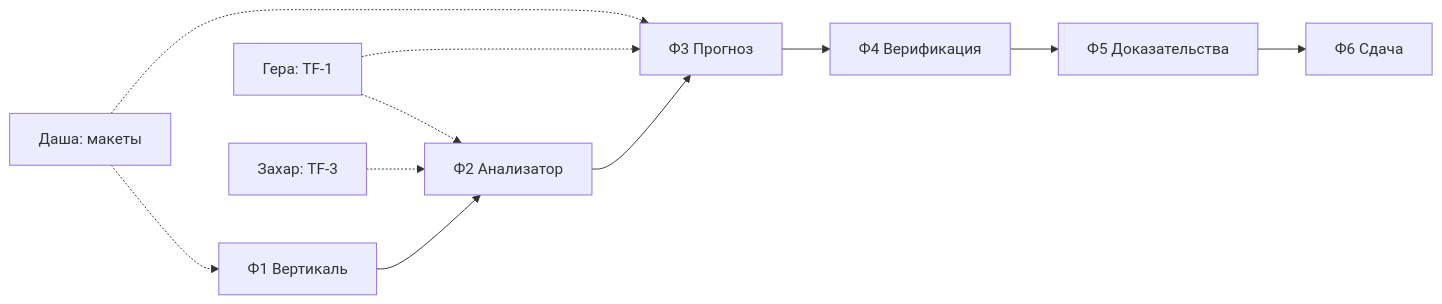
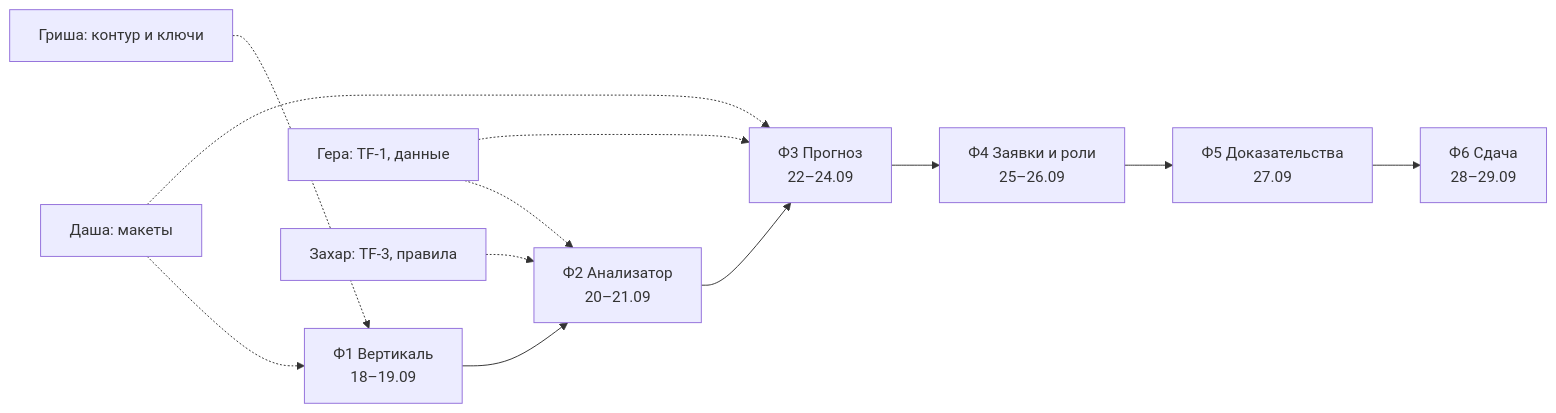
Before and after one commit to Think-Faster/Think-Faster: the diagram in tasks/todo.md, drawn with Mermaid. The commit also changed other lines of this file and 1 other file, not shown here.

````diff
--- a/tasks/todo.md
+++ b/tasks/todo.md
@@ -208,9 +268,10 @@
 ```mermaid
 flowchart LR
-    F1["Ф1 Вертикаль"] --> F2["Ф2 Анализатор"] --> F3["Ф3 Прогноз"] --> F4["Ф4 Верификация"] --> F5["Ф5 Доказательства"] --> F6["Ф6 Сдача"]
+    F1["Ф1 Вертикаль<br/>18–19.09"] --> F2["Ф2 Анализатор<br/>20–21.09"] --> F3["Ф3 Прогноз<br/>22–24.09"] --> F4["Ф4 Заявки и роли<br/>25–26.09"] --> F5["Ф5 Доказательства<br/>27.09"] --> F6["Ф6 Сдача<br/>28–29.09"]
     D["Даша: макеты"] -.-> F1
     D -.-> F3
-    G["Гера: TF-1"] -.-> F2
+    G["Гера: TF-1, данные"] -.-> F2
     G -.-> F3
-    Z["Захар: TF-3"] -.-> F2
+    Z["Захар: TF-3, правила"] -.-> F2
+    GR["Гриша: контур и ключи"] -.-> F1
 ```
````
